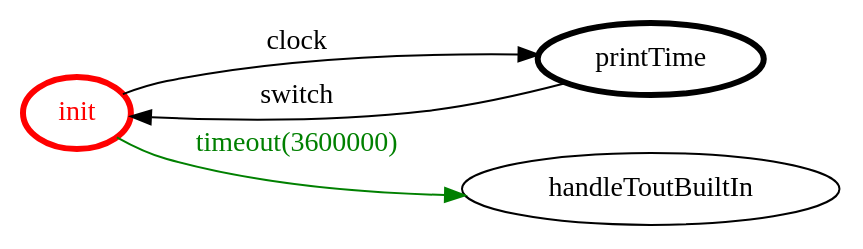
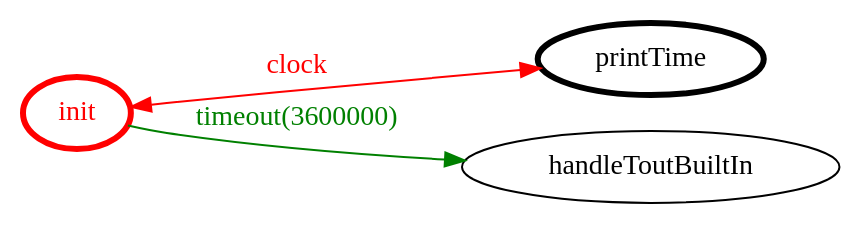
One commit to FFrabetti/ProgettoISS_relazione changed the diagram in it.unibo.finalTask2018/srcMore/it/unibo/testertime/testertime.gv. Above: the diagram before and after it, drawn with Graphviz. The commit also changed 11 other files, not shown here.

```diff
--- a/it.unibo.finalTask2018/srcMore/it/unibo/testertime/testertime.gv
+++ b/it.unibo.finalTask2018/srcMore/it/unibo/testertime/testertime.gv
@@ -1,18 +1,17 @@
 /*
 *
 * A GraphViz DOT FSM description 
 * Please use a GraphViz visualizer (like http://www.webgraphviz.com)
 *  
 */
 
 digraph finite_state_machine {
 	rankdir=LR
 	size="8,5"
 	
 	init [ color = red ][ fontcolor = red ][ penwidth = 3 ]
 	printTime [ color = black ][ fontcolor = black ][ penwidth = 3 ]
 	
 	init -> handleToutBuiltIn [ label = "timeout(3600000)" ][ color = green ][ fontcolor = green ]
-	printTime -> init [ label = "switch" ][ color = black ][ fontcolor = black ]
-	init -> printTime [ label = "clock" ][ color = black ][ fontcolor = black ]
+	init -> printTime [ label = "clock" ][ color = red ][ fontcolor = red ][ dir = both ]
 }
```
